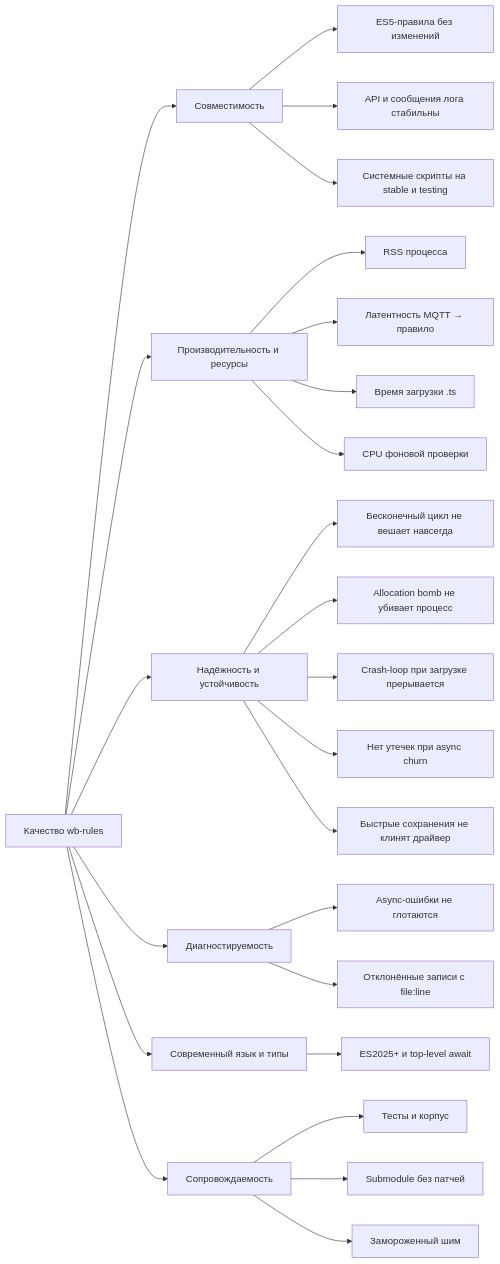
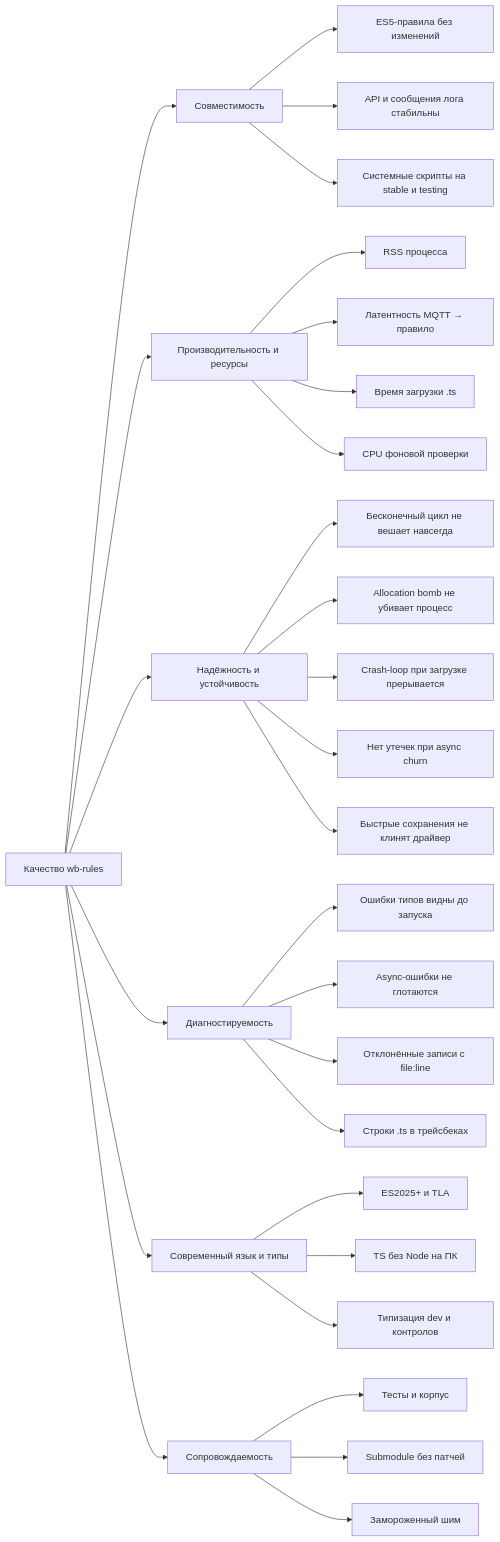
The diagram in docs/arc42/10-quality-requirements.md (wirenboard/wb-rules), drawn with Mermaid before and after one commit. The commit also changed other lines of this file and 24 other files, not shown here.

````diff
--- a/docs/arc42/10-quality-requirements.md
+++ b/docs/arc42/10-quality-requirements.md
@@ -8,28 +8,32 @@
 ```mermaid
 graph LR
     Q[Качество wb-rules]
     Q --> C[Совместимость]
     Q --> P[Производительность и ресурсы]
     Q --> R[Надёжность и устойчивость]
     Q --> D[Диагностируемость]
     Q --> L[Современный язык и типы]
     Q --> M[Сопровождаемость]
     C --> C1[ES5-правила без изменений]
     C --> C2[API и сообщения лога стабильны]
     C --> C3[Системные скрипты на stable и testing]
     P --> P1[RSS процесса]
     P --> P2[Латентность MQTT → правило]
     P --> P3[Время загрузки .ts]
     P --> P4[CPU фоновой проверки]
     R --> R1[Бесконечный цикл не вешает навсегда]
     R --> R2[Allocation bomb не убивает процесс]
     R --> R3[Crash-loop при загрузке прерывается]
     R --> R4[Нет утечек при async churn]
     R --> R5[Быстрые сохранения не клинят драйвер]
+    D --> D1[Ошибки типов видны до запуска]
     D --> D2[Async-ошибки не глотаются]
     D --> D3[Отклонённые записи с file:line]
-    L --> L1[ES2025+ и top-level await]
+    D --> D4[Строки .ts в трейсбеках]
+    L --> L1[ES2025+ и TLA]
+    L --> L2[TS без Node на ПК]
+    L --> L3[Типизация dev и контролов]
     M --> M1[Тесты и корпус]
     M --> M2[Submodule без патчей]
     M --> M3[Замороженный шим]
 ```
````
